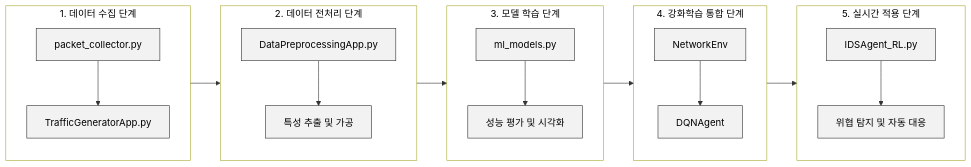
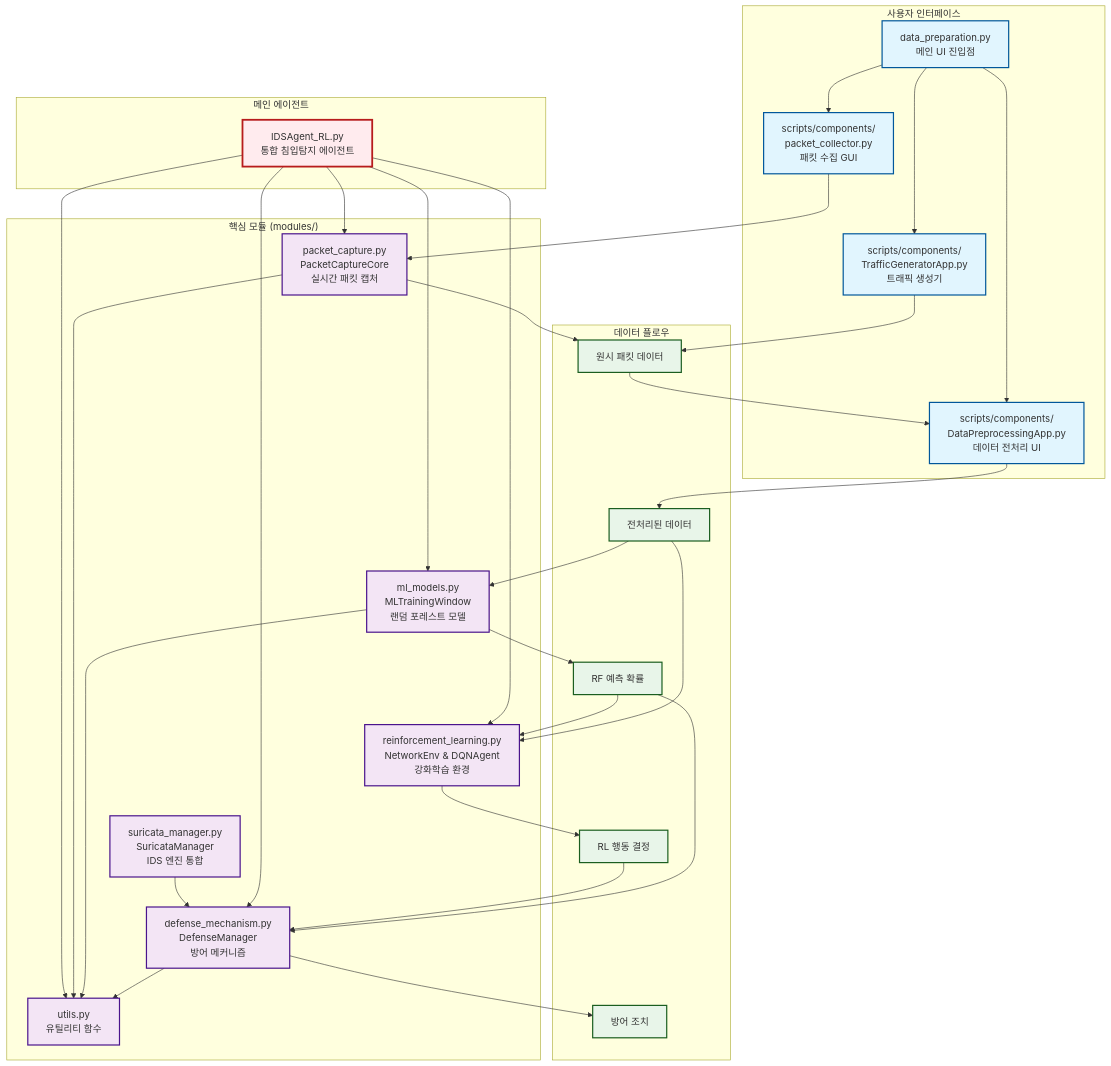
The third of 5 diagrams in README.md (Es5724/Intrusion_DetectionSystem), drawn with Mermaid before and after one commit. The commit also changed other lines of this file, not shown here.

````diff
--- a/README.md
+++ b/README.md
@@ -281,43 +281,81 @@
 ```mermaid
-flowchart LR
-    subgraph 데이터수집["1. 데이터 수집 단계"]
-        packet["packet_collector.py"]
-        traffic["TrafficGeneratorApp.py"]
-        packet --> traffic
+flowchart TB
+    subgraph UI["사용자 인터페이스"]
+        main_ui["data_preparation.py<br/>메인 UI 진입점"]
+        packet_collector["scripts/components/<br/>packet_collector.py<br/>패킷 수집 GUI"]
+        traffic_gen["scripts/components/<br/>TrafficGeneratorApp.py<br/>트래픽 생성기"]
+        preprocess["scripts/components/<br/>DataPreprocessingApp.py<br/>데이터 전처리 UI"]
     end
 
-    subgraph 전처리["2. 데이터 전처리 단계"]
-        preprocess["DataPreprocessingApp.py"]
-        feature["특성 추출 및 가공"]
-        preprocess --> feature
+    subgraph Core["핵심 모듈 (modules/)"]
+        packet_capture["packet_capture.py<br/>PacketCaptureCore<br/>실시간 패킷 캡처"]
+        ml_models["ml_models.py<br/>MLTrainingWindow<br/>랜덤 포레스트 모델"]
+        rl_module["reinforcement_learning.py<br/>NetworkEnv & DQNAgent<br/>강화학습 환경"]
+        defense["defense_mechanism.py<br/>DefenseManager<br/>방어 메커니즘"]
+        suricata["suricata_manager.py<br/>SuricataManager<br/>IDS 엔진 통합"]
+        utils["utils.py<br/>유틸리티 함수"]
     end
 
-    subgraph 모델학습["3. 모델 학습 단계"]
-        ml["ml_models.py"]
-        evaluation["성능 평가 및 시각화"]
-        ml --> evaluation
+    subgraph Agent["메인 에이전트"]
+        ids_agent["IDSAgent_RL.py<br/>통합 침입탐지 에이전트"]
     end
 
-    subgraph 강화학습["4. 강화학습 통합 단계"]
-        env["NetworkEnv"]
-        dqn["DQNAgent"]
-        env --> dqn
+    subgraph DataFlow["데이터 플로우"]
+        raw_packets["원시 패킷 데이터"]
+        processed_data["전처리된 데이터"]
+        rf_predictions["RF 예측 확률"]
+        rl_actions["RL 행동 결정"]
+        defense_actions["방어 조치"]
     end
 
-    subgraph 실시간적용["5. 실시간 적용 단계"]
-        agent["IDSAgent_RL.py"]
-        response["위협 탐지 및 자동 대응"]
-        agent --> response
-    end
+    %% UI 연결
+    main_ui --> packet_collector
+    main_ui --> traffic_gen
+    main_ui --> preprocess
 
-    데이터수집 --> 전처리
-    전처리 --> 모델학습
-    모델학습 --> 강화학습
-    강화학습 --> 실시간적용
+    %% 데이터 수집 플로우
+    packet_collector --> packet_capture
+    traffic_gen --> raw_packets
+    packet_capture --> raw_packets
+
+    %% 데이터 처리 플로우
+    raw_packets --> preprocess
+    preprocess --> processed_data
+
+    %% ML 플로우
+    processed_data --> ml_models
+    ml_models --> rf_predictions
+
+    %% RL 플로우
+    rf_predictions --> rl_module
+    processed_data --> rl_module
+    rl_module --> rl_actions
+
+    %% 방어 메커니즘 플로우
+    rl_actions --> defense
+    rf_predictions --> defense
+    suricata --> defense
+    defense --> defense_actions
+
+    %% 메인 에이전트 통합
+    ids_agent --> packet_capture
+    ids_agent --> ml_models
+    ids_agent --> rl_module
+    ids_agent --> defense
+    ids_agent --> utils
+
+    %% 유틸리티 사용
+    packet_capture --> utils
+    ml_models --> utils
+    defense --> utils
+
+    classDef uiClass fill:#e1f5fe,stroke:#01579b,stroke-width:2px;
+    classDef coreClass fill:#f3e5f5,stroke:#4a148c,stroke-width:2px;
+    classDef agentClass fill:#ffebee,stroke:#b71c1c,stroke-width:3px;
+    classDef dataClass fill:#e8f5e9,stroke:#1b5e20,stroke-width:2px;
     
-    classDef nodeText fill:#f2f2f2,stroke:#333,stroke-width:1px,color:black;
-    class packet,traffic,preprocess,feature,ml,evaluation,env,dqn,agent,response nodeText;
-    
-    classDef subgraphText fill:transparent,color:black;
-    class 데이터수집,전처리,모델학습,강화학습,실시간적용 subgraphText;
+    class main_ui,packet_collector,traffic_gen,preprocess uiClass;
+    class packet_capture,ml_models,rl_module,defense,suricata,utils coreClass;
+    class ids_agent agentClass;
+    class raw_packets,processed_data,rf_predictions,rl_actions,defense_actions dataClass;
 ```
````
